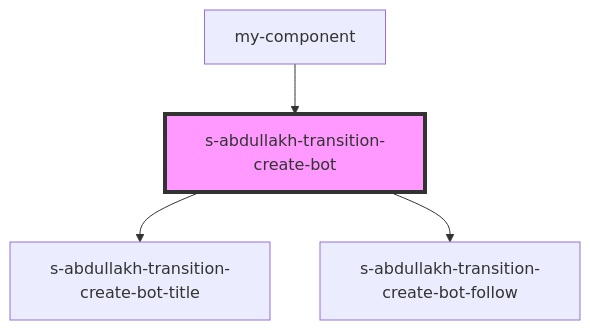
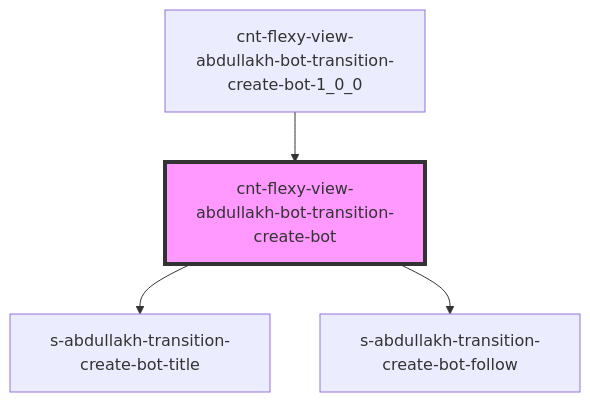
One commit to Wokh-Dada/botdevelopmentapp changed the diagram in src/components/cnt-flexy-view-abdullakh-bot-transition-create-bot-1_0_0/res/view/cnt-flexy-view-abdullakh-bot-transition-create-bot/readme.md. Above: the diagram before and after it, drawn with Mermaid. The commit also changed other lines of this file and 138 other files, not shown here.

````diff
--- a/src/components/cnt-flexy-view-abdullakh-bot-transition-create-bot-1_0_0/res/view/cnt-flexy-view-abdullakh-bot-transition-create-bot/readme.md
+++ b/src/components/cnt-flexy-view-abdullakh-bot-transition-create-bot-1_0_0/res/view/cnt-flexy-view-abdullakh-bot-transition-create-bot/readme.md
@@ -35,7 +35,7 @@
 ```mermaid
 graph TD;
-  s-abdullakh-transition-create-bot --> s-abdullakh-transition-create-bot-title
-  s-abdullakh-transition-create-bot --> s-abdullakh-transition-create-bot-follow
-  my-component --> s-abdullakh-transition-create-bot
-  style s-abdullakh-transition-create-bot fill:#f9f,stroke:#333,stroke-width:4px
+  cnt-flexy-view-abdullakh-bot-transition-create-bot --> s-abdullakh-transition-create-bot-title
+  cnt-flexy-view-abdullakh-bot-transition-create-bot --> s-abdullakh-transition-create-bot-follow
+  cnt-flexy-view-abdullakh-bot-transition-create-bot-1_0_0 --> cnt-flexy-view-abdullakh-bot-transition-create-bot
+  style cnt-flexy-view-abdullakh-bot-transition-create-bot fill:#f9f,stroke:#333,stroke-width:4px
 ```
````
